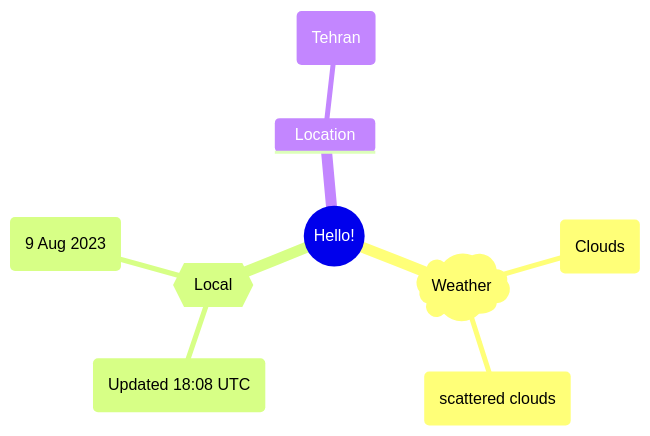
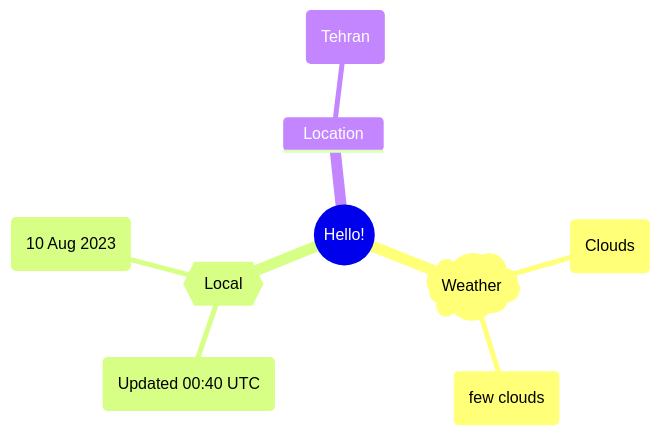
Before and after one commit to Xosrov/Xosrov: the first of 2 diagrams in README.md, drawn with Mermaid.

Commit message:
[bot] updated images

````diff
--- a/README.md
+++ b/README.md
@@ -3,12 +3,12 @@
 ```mermaid
 mindmap
   root((Hello!))
     )Weather(
         (Clouds)
-        (scattered clouds)
+        (few clouds)
     {{Local}}
-        (Updated 18:08 UTC)
-        (9 Aug 2023)
+        (Updated 00:40 UTC)
+        (10 Aug 2023)
     Location
         (Tehran)
 ```
````
